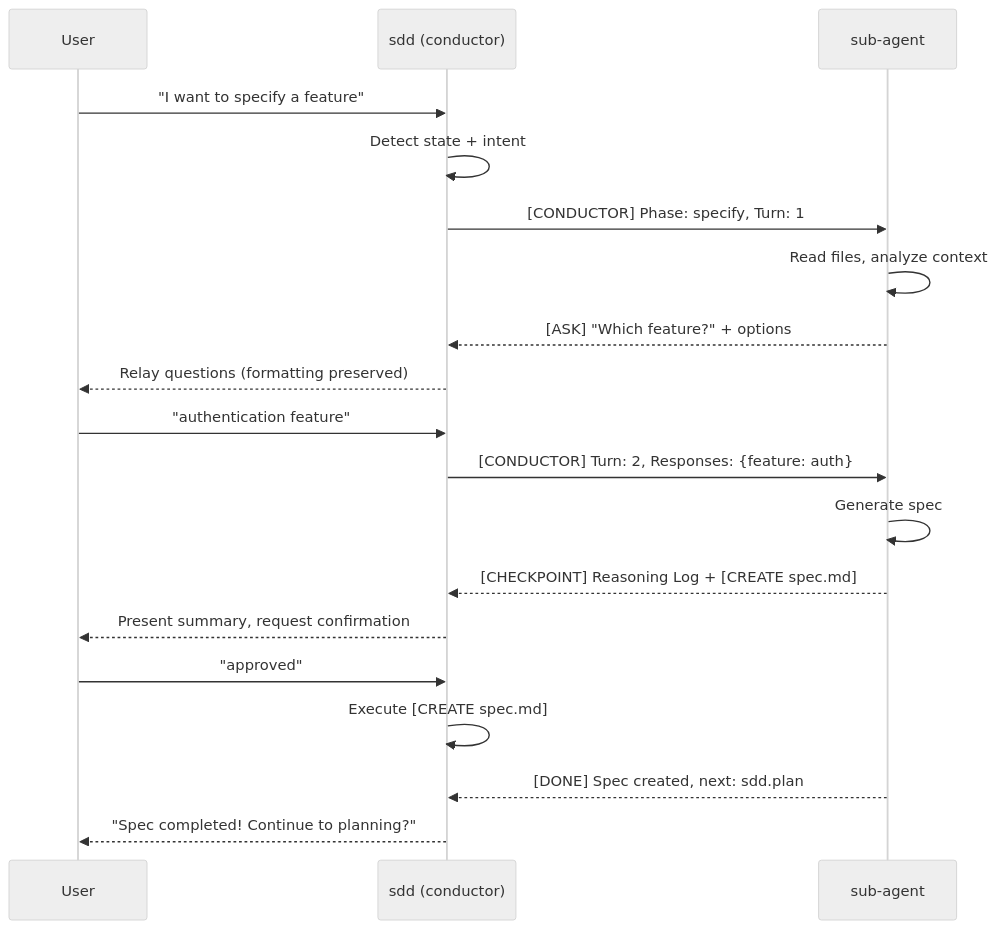
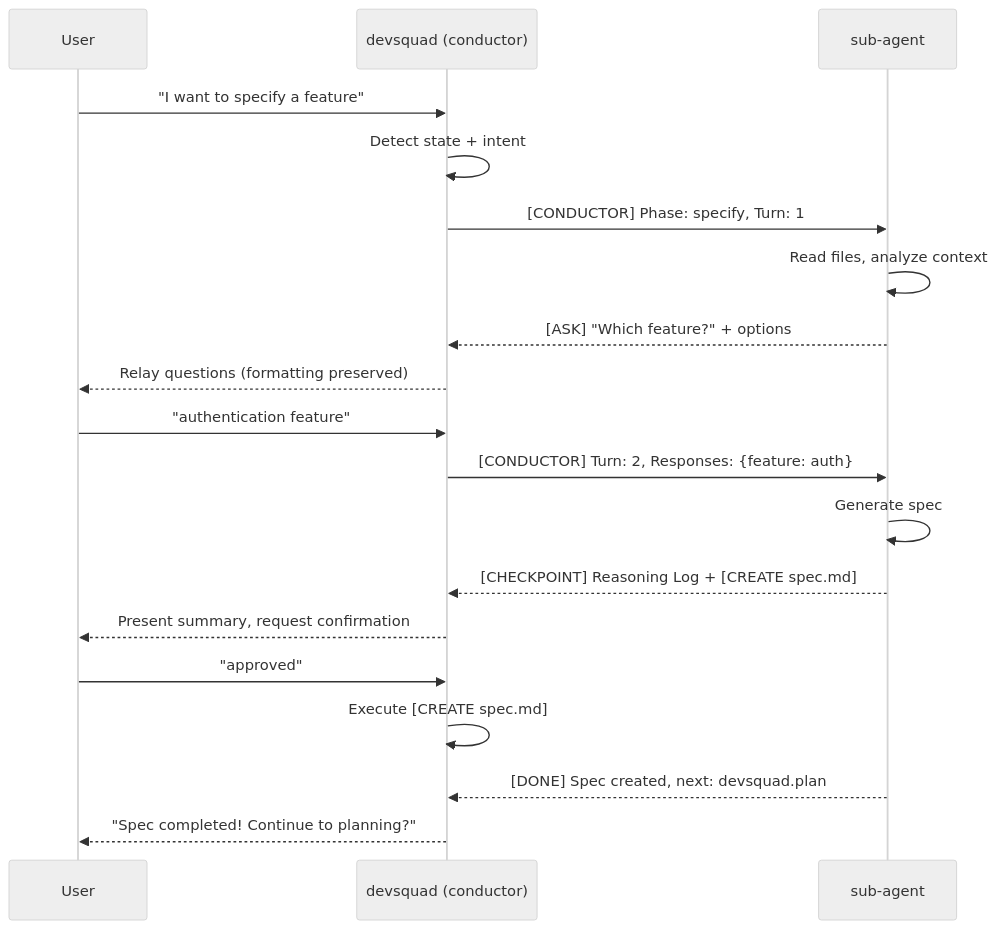
The first of 2 diagrams in docs/framework/decisions/0002-conductor-sub-agent-communication.md (microsoft/devsquad-copilot), drawn with Mermaid (neutral theme) before and after one commit. The commit also changed 42 other files, not shown here.

First line of the commit message:
refactor(agents): rename sdd.* agents to devsquad.* namespace

````diff
--- a/docs/framework/decisions/0002-conductor-sub-agent-communication.md
+++ b/docs/framework/decisions/0002-conductor-sub-agent-communication.md
@@ -59,22 +59,22 @@
 ```mermaid
 sequenceDiagram
     participant Dev as User
-    participant Conductor as sdd (conductor)
+    participant Conductor as devsquad (conductor)
     participant SubAgent as sub-agent
 
     Dev->>Conductor: "I want to specify a feature"
     Conductor->>Conductor: Detect state + intent
     Conductor->>SubAgent: [CONDUCTOR] Phase: specify, Turn: 1
     SubAgent->>SubAgent: Read files, analyze context
     SubAgent-->>Conductor: [ASK] "Which feature?" + options
     Conductor-->>Dev: Relay questions (formatting preserved)
     Dev->>Conductor: "authentication feature"
     Conductor->>SubAgent: [CONDUCTOR] Turn: 2, Responses: {feature: auth}
     SubAgent->>SubAgent: Generate spec
     SubAgent-->>Conductor: [CHECKPOINT] Reasoning Log + [CREATE spec.md]
     Conductor-->>Dev: Present summary, request confirmation
     Dev->>Conductor: "approved"
     Conductor->>Conductor: Execute [CREATE spec.md]
-    SubAgent-->>Conductor: [DONE] Spec created, next: sdd.plan
+    SubAgent-->>Conductor: [DONE] Spec created, next: devsquad.plan
     Conductor-->>Dev: "Spec completed! Continue to planning?"
 ```
````
